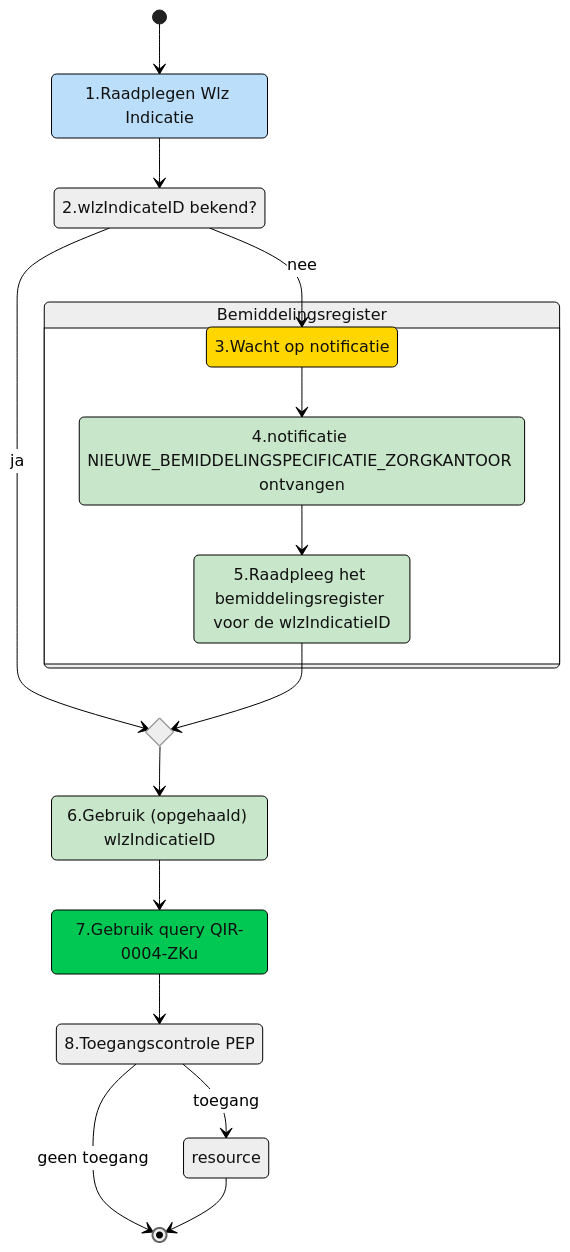
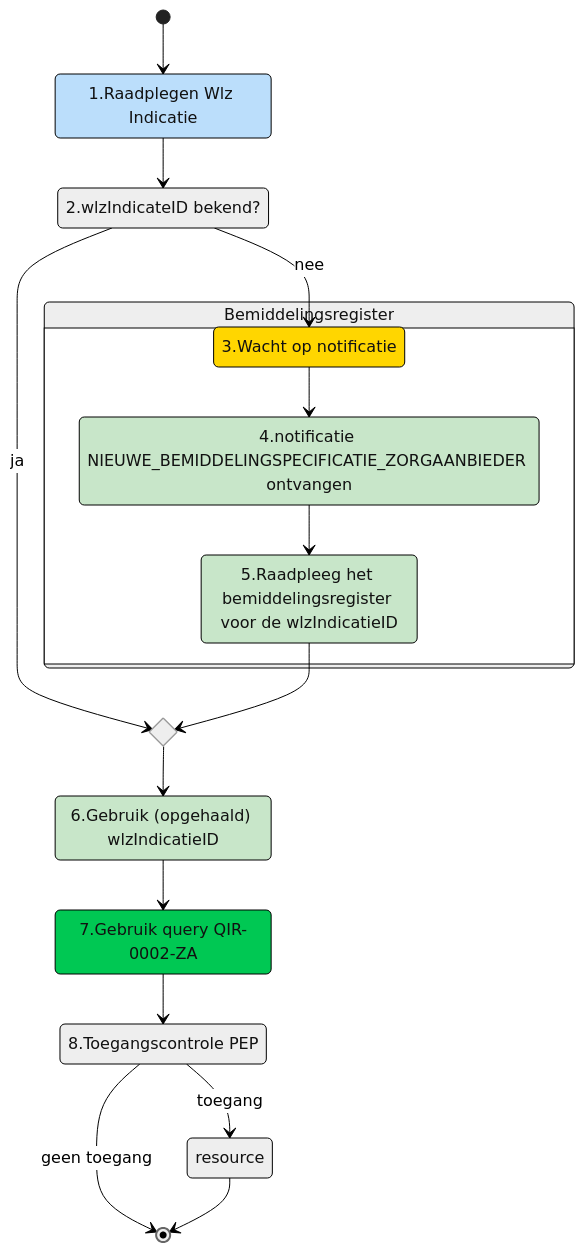
Before and after one commit to iStandaarden/iWlz-indicatie: the second of 2 diagrams in raadplegen/zorgaanbieder/UCIR-0002-raadplegen.md, drawn with Mermaid. The commit also changed other lines of this file and 1 other file, not shown here.

````diff
--- a/raadplegen/zorgaanbieder/UCIR-0002-raadplegen.md
+++ b/raadplegen/zorgaanbieder/UCIR-0002-raadplegen.md
@@ -54,41 +51,41 @@
 ```mermaid
 ---
 config:
   theme: neutral
   look: classic
 ---
 stateDiagram
     [*] --> raadplegen
     state idAvailable <<choice>>
     
     raadplegen --> idAvailable
     idAvailable --> notifyWait: nee
     state register {
     notifyWait --> notifyReceive
     notifyReceive --> haalData
     }
     state chooseQuery <<choice>>
     idAvailable --> chooseQuery: ja
     haalData --> chooseQuery
     chooseQuery --> inputQuery
     inputQuery --> Query
     Query --> PEP 
     PEP --> [*]: geen toegang
     PEP --> resource: toegang
     resource --> [*]
 
     raadplegen: 1.Raadplegen Wlz Indicatie
     register: Bemiddelingsregister
     idAvailable: 2.wlzIndicateID bekend?
     notifyWait: 3.Wacht op notificatie
-    notifyReceive: 4.notificatie NIEUWE_BEMIDDELINGSPECIFICATIE_ZORGKANTOOR ontvangen
+    notifyReceive: 4.notificatie NIEUWE_BEMIDDELINGSPECIFICATIE_ZORGAANBIEDER ontvangen
     haalData: 5.Raadpleeg het bemiddelingsregister voor de wlzIndicatieID
     inputQuery: 6.Gebruik (opgehaald) wlzIndicatieID 
-    Query: 7.Gebruik query QIR-0004-ZKu
+    Query: 7.Gebruik query QIR-0002-ZA
     PEP: 8.Toegangscontrole PEP
 
   style notifyWait fill:#FFD600
   style raadplegen fill:#BBDEFB,color:none
   style notifyReceive,haalData,inputQuery fill:#C8E6C9
   style Query fill:#00C853
 ```
````
